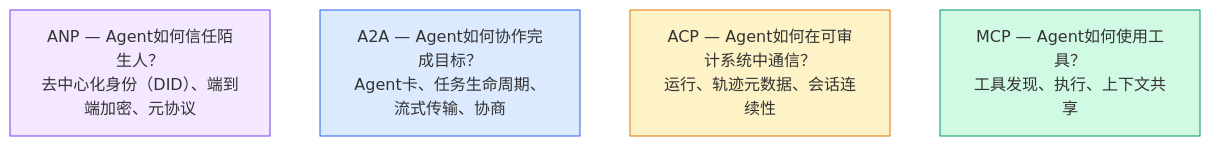
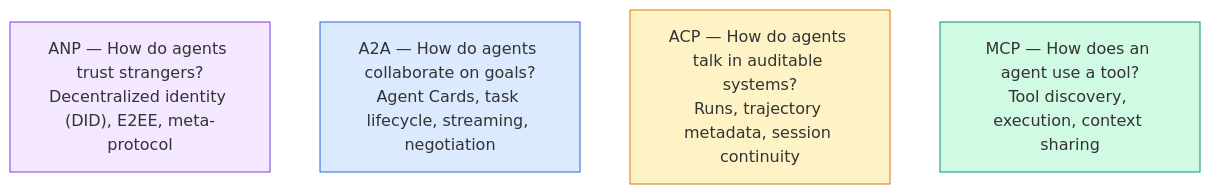
Before and after one commit to xiaojiaenen/ai-engineering-from-scratch-zh: the first of 13 diagrams in i18n/zh/phases/16-multi-agent-and-swarms/03-communication-protocols/docs/zh.md, drawn with Mermaid. The commit also changed other lines of this file and 25 other files, not shown here.

````diff
--- a/i18n/zh/phases/16-multi-agent-and-swarms/03-communication-protocols/docs/zh.md
+++ b/i18n/zh/phases/16-multi-agent-and-swarms/03-communication-protocols/docs/zh.md
@@ -40,12 +40,12 @@
 ```mermaid
 flowchart TD
-  ANP["ANP — Agent如何信任陌生人？<br/>去中心化身份（DID）、端到端加密、元协议"]
-  A2A["A2A — Agent如何协作完成目标？<br/>Agent卡、任务生命周期、流式传输、协商"]
-  ACP["ACP — Agent如何在可审计系统中通信？<br/>运行、轨迹元数据、会话连续性"]
-  MCP["MCP — Agent如何使用工具？<br/>工具发现、执行、上下文共享"]
+  ANP["ANP — How do agents trust strangers?<br/>Decentralized identity (DID), E2EE, meta-protocol"]
+  A2A["A2A — How do agents collaborate on goals?<br/>Agent Cards, task lifecycle, streaming, negotiation"]
+  ACP["ACP — How do agents talk in auditable systems?<br/>Runs, trajectory metadata, session continuity"]
+  MCP["MCP — How does an agent use a tool?<br/>Tool discovery, execution, context sharing"]
 
   style ANP fill:#f3e8ff,stroke:#7c3aed
   style A2A fill:#dbeafe,stroke:#2563eb
   style ACP fill:#fef3c7,stroke:#d97706
   style MCP fill:#d1fae5,stroke:#059669
 ```
````
